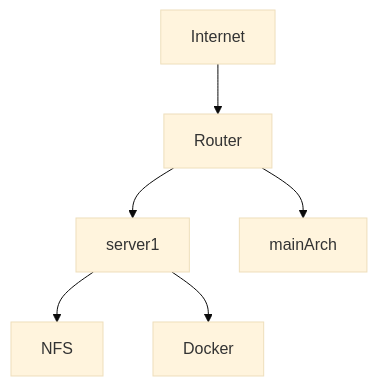
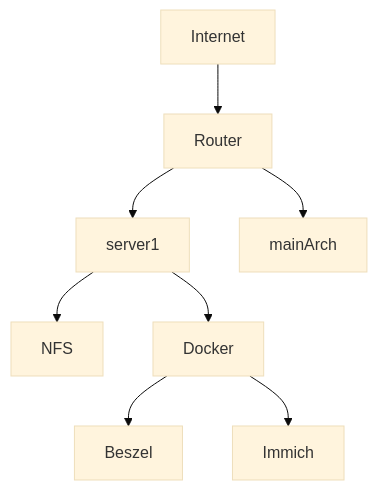
The diagram in README.md (conf-27/Homelab), drawn with Mermaid (base theme) before and after one commit.

````diff
--- a/README.md
+++ b/README.md
@@ -5,8 +5,10 @@
 ```mermaid
 graph TD
     Internet --> Router
     Router --> server1
     Router --> mainArch
     server1 --> NFS
     server1 --> Docker
+    Docker --> Beszel
+    Docker --> Immich
 ```
````
